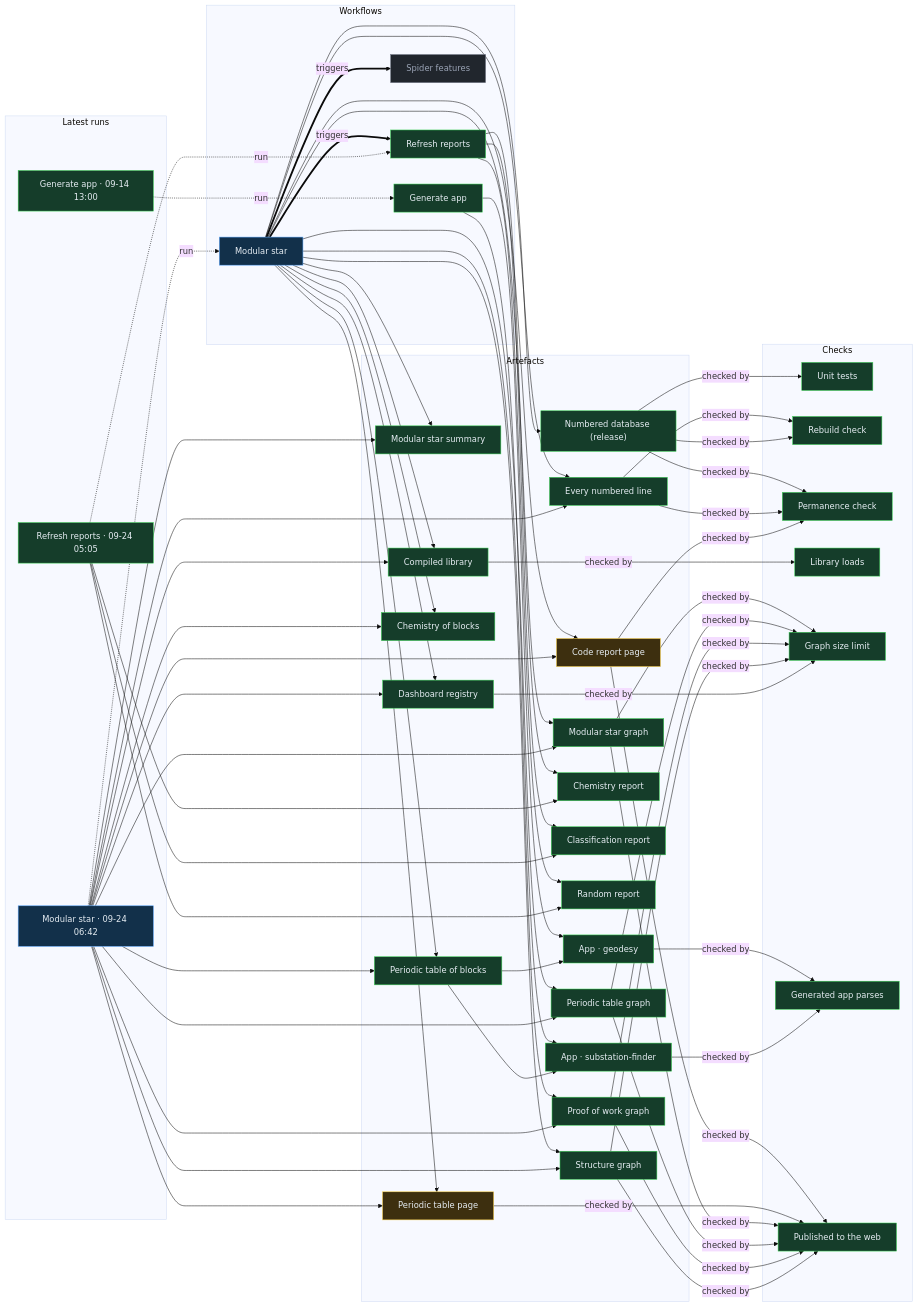
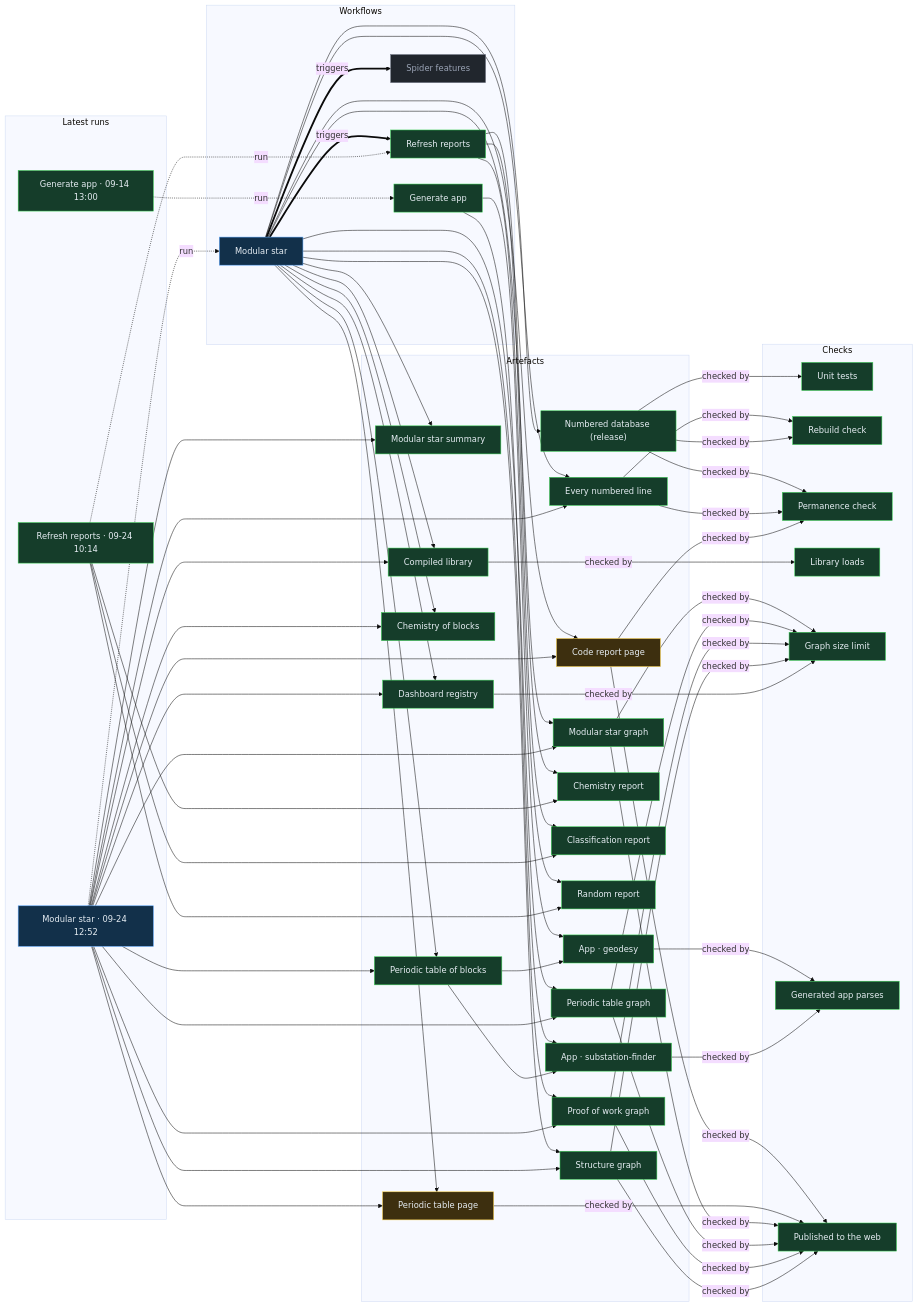
Before and after one commit to Ventusltd/stars: the diagram in proof/PROOF.md, drawn with Mermaid (base theme). The commit also changed other lines of this file and 37 other files, not shown here.

Commit message:
Modular star 2026-09-24T12:55Z

```diff
--- a/proof/PROOF.md
+++ b/proof/PROOF.md
@@ -24,8 +24,8 @@
   n_wf_spider_features["Spider features"]:::off
   end
   subgraph g_runs["Latest runs"]
-  n_run_35965832587["Modular star · 09-24 06:42"]:::live
-  n_run_35958380351["Refresh reports · 09-24 05:05"]:::ok
+  n_run_36001876573["Modular star · 09-24 12:52"]:::live
+  n_run_35986049262["Refresh reports · 09-24 10:14"]:::ok
   n_run_34846587798["Generate app · 09-14 13:00"]:::ok
   end
   subgraph g_artefacts["Artefacts"]
@@ -59,39 +59,39 @@
   end
   n_wf_modular_star == triggers ==> n_wf_refresh
   n_wf_modular_star == triggers ==> n_wf_spider_features
-  n_run_35965832587 -. run .-> n_wf_modular_star
-  n_run_35958380351 -. run .-> n_wf_refresh
+  n_run_36001876573 -. run .-> n_wf_modular_star
+  n_run_35986049262 -. run .-> n_wf_refresh
   n_run_34846587798 -. run .-> n_wf_generate
   n_wf_modular_star --> n_art_summary
-  n_run_35965832587 --> n_art_summary
+  n_run_36001876573 --> n_art_summary
   n_wf_modular_star --> n_art_lines
-  n_run_35965832587 --> n_art_lines
+  n_run_36001876573 --> n_art_lines
   n_wf_modular_star --> n_art_code
-  n_run_35965832587 --> n_art_code
+  n_run_36001876573 --> n_art_code
   n_wf_modular_star --> n_art_modular_graph
-  n_run_35965832587 --> n_art_modular_graph
+  n_run_36001876573 --> n_art_modular_graph
   n_wf_modular_star --> n_art_blocks
-  n_run_35965832587 --> n_art_blocks
+  n_run_36001876573 --> n_art_blocks
   n_wf_modular_star --> n_art_table
-  n_run_35965832587 --> n_art_table
+  n_run_36001876573 --> n_art_table
   n_wf_modular_star --> n_art_blocks_graph
-  n_run_35965832587 --> n_art_blocks_graph
+  n_run_36001876573 --> n_art_blocks_graph
   n_wf_modular_star --> n_art_reactions
-  n_run_35965832587 --> n_art_reactions
+  n_run_36001876573 --> n_art_reactions
   n_wf_modular_star --> n_art_library
-  n_run_35965832587 --> n_art_library
+  n_run_36001876573 --> n_art_library
   n_wf_modular_star --> n_art_features
-  n_run_35965832587 --> n_art_features
+  n_run_36001876573 --> n_art_features
   n_wf_modular_star --> n_art_proof
-  n_run_35965832587 --> n_art_proof
+  n_run_36001876573 --> n_art_proof
   n_wf_modular_star --> n_art_structure
-  n_run_35965832587 --> n_art_structure
+  n_run_36001876573 --> n_art_structure
   n_wf_refresh --> n_art_chemistry
-  n_run_35958380351 --> n_art_chemistry
+  n_run_35986049262 --> n_art_chemistry
   n_wf_refresh --> n_art_vedic
-  n_run_35958380351 --> n_art_vedic
+  n_run_35986049262 --> n_art_vedic
   n_wf_refresh --> n_art_random
-  n_run_35958380351 --> n_art_random
+  n_run_35986049262 --> n_art_random
   n_wf_modular_star --> n_art_release
   n_wf_generate --> n_app_geodesy
   n_art_blocks --> n_app_geodesy
```
